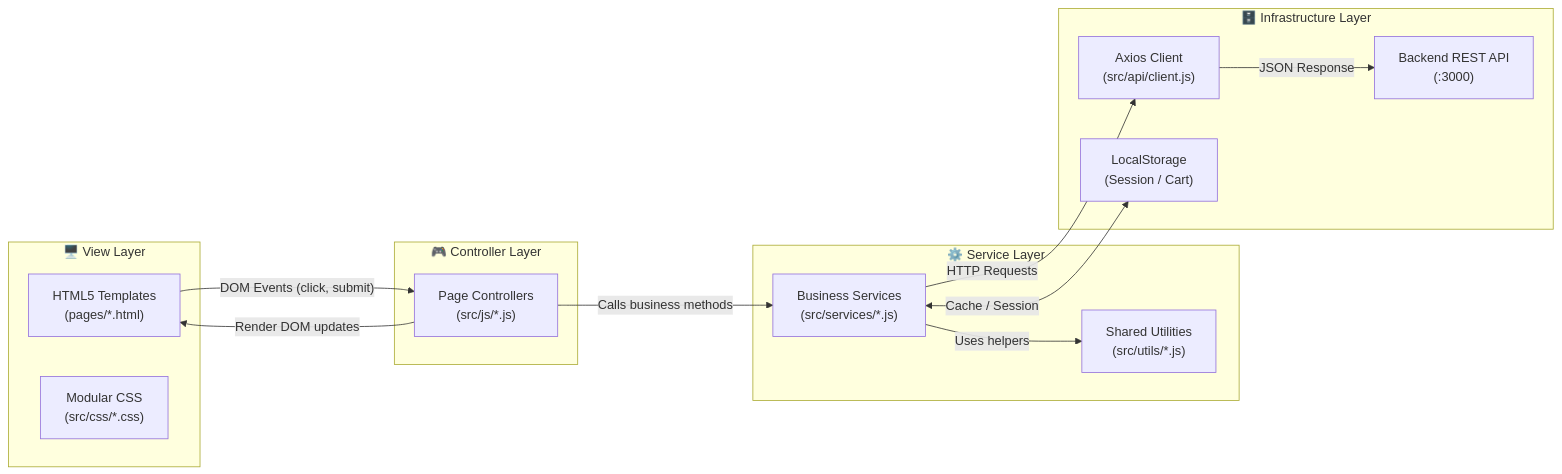
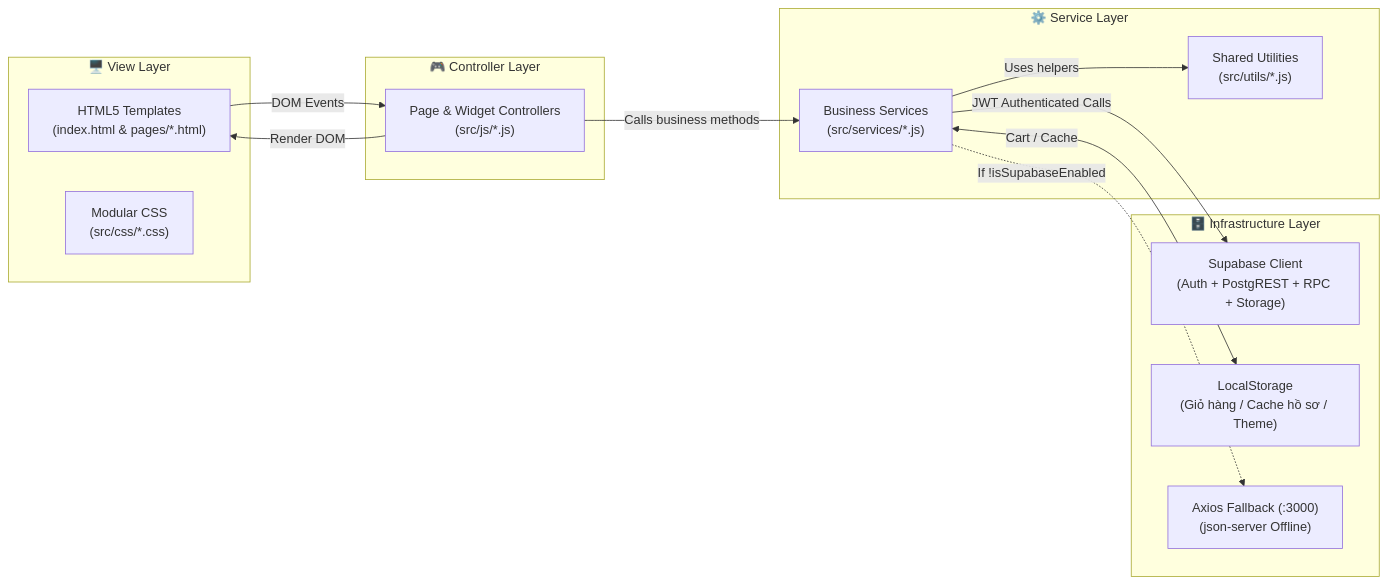
One commit to hieunguyenpro1919/nhasach changed the second of 6 diagrams in docs/software_architecture_design.md. Above: the diagram before and after it, drawn with Mermaid. The commit also changed other lines of this file and 4 other files, not shown here.

Commit message:
Update README and docs to match Supabase Auth, RLS, Storage, and Vercel deployment

````diff
--- a/docs/software_architecture_design.md
+++ b/docs/software_architecture_design.md
@@ -152,30 +142,30 @@
 ```mermaid
 flowchart LR
     subgraph PRESENTATION["🖥️ View Layer"]
-        HTML["HTML5 Templates\n(pages/*.html)"]
+        HTML["HTML5 Templates\n(index.html & pages/*.html)"]
         CSS["Modular CSS\n(src/css/*.css)"]
     end
 
     subgraph CONTROLLER["🎮 Controller Layer"]
-        JS_PAGE["Page Controllers\n(src/js/*.js)"]
+        JS_PAGE["Page & Widget Controllers\n(src/js/*.js)"]
     end
 
     subgraph SERVICE["⚙️ Service Layer"]
         SERVICES["Business Services\n(src/services/*.js)"]
         UTILS["Shared Utilities\n(src/utils/*.js)"]
     end
 
     subgraph INFRA["🗄️ Infrastructure Layer"]
-        AXIOS["Axios Client\n(src/api/client.js)"]
-        STORAGE["LocalStorage\n(Session / Cart)"]
-        REST_API["Backend REST API\n(:3000)"]
+        SUPA["Supabase Client\n(Auth + PostgREST + RPC + Storage)"]
+        STORAGE["LocalStorage\n(Giỏ hàng / Cache hồ sơ / Theme)"]
+        FALLBACK["Axios Fallback (:3000)\n(json-server Offline)"]
     end
 
-    HTML -->|"DOM Events (click, submit)"| JS_PAGE
+    HTML -->|"DOM Events"| JS_PAGE
     JS_PAGE -->|"Calls business methods"| SERVICES
     SERVICES -->|"Uses helpers"| UTILS
-    SERVICES -->|"HTTP Requests"| AXIOS
-    SERVICES <-->|"Cache / Session"| STORAGE
-    AXIOS -->|"JSON Response"| REST_API
-    JS_PAGE -->|"Render DOM updates"| HTML
+    SERVICES -->|"JWT Authenticated Calls"| SUPA
+    SERVICES <-->|"Cart / Cache"| STORAGE
+    SERVICES -.->|"If !isSupabaseEnabled"| FALLBACK
+    JS_PAGE -->|"Render DOM"| HTML
 ```
````
